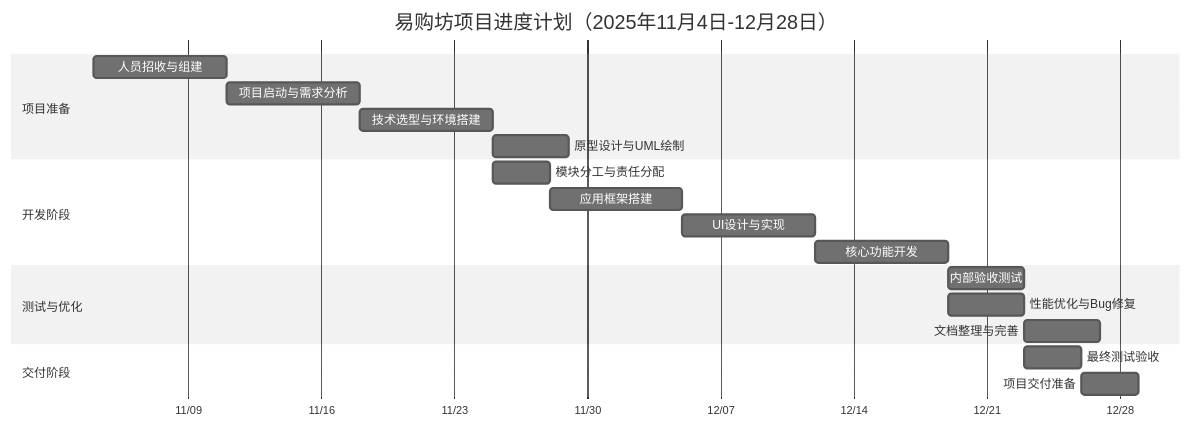
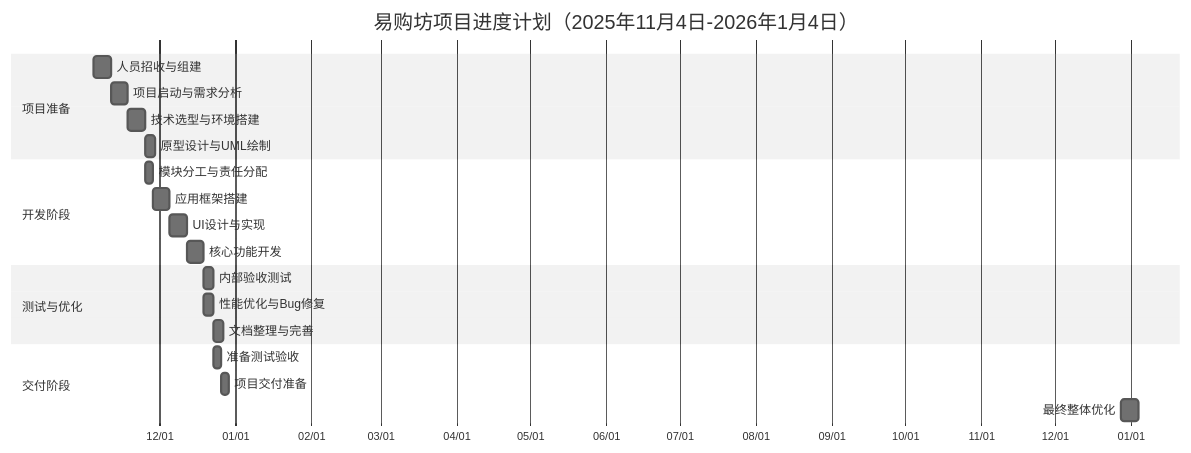
One commit to Yigofang-Mall/Yigofang_Mall changed the diagram in 项目管理文档.md. Above: the diagram before and after it, drawn with Mermaid (neutral theme). The commit also changed other lines of this file and 63 other files, not shown here.

````diff
--- a/项目管理文档.md
+++ b/项目管理文档.md
@@ -74,27 +74,28 @@
 ```mermaid
 gantt
-    title 易购坊项目进度计划（2025年11月4日-12月28日）
+    title 易购坊项目进度计划（2025年11月4日-2026年1月4日）
     dateFormat YYYY-MM-DD
     axisFormat %m/%d
     
     section 项目准备
     人员招收与组建       :2025-11-04, 7d
     项目启动与需求分析   :2025-11-11, 7d
     技术选型与环境搭建   :2025-11-18, 7d
     原型设计与UML绘制    :2025-11-25, 4d
     
     section 开发阶段
     模块分工与责任分配   :2025-11-25, 3d
     应用框架搭建         :2025-11-28, 7d
     UI设计与实现         :2025-12-05, 7d
     核心功能开发         :2025-12-12, 7d
     
     section 测试与优化
     内部验收测试         :2025-12-19, 4d
     性能优化与Bug修复    :2025-12-19, 4d
     文档整理与完善       :2025-12-23, 4d
     
     section 交付阶段
-    最终测试验收         :2025-12-23, 3d
+    准备测试验收         :2025-12-23, 3d
     项目交付准备         :2025-12-26, 3d
+    最终整体优化         :2026-12-28, 7d
 ```
````
